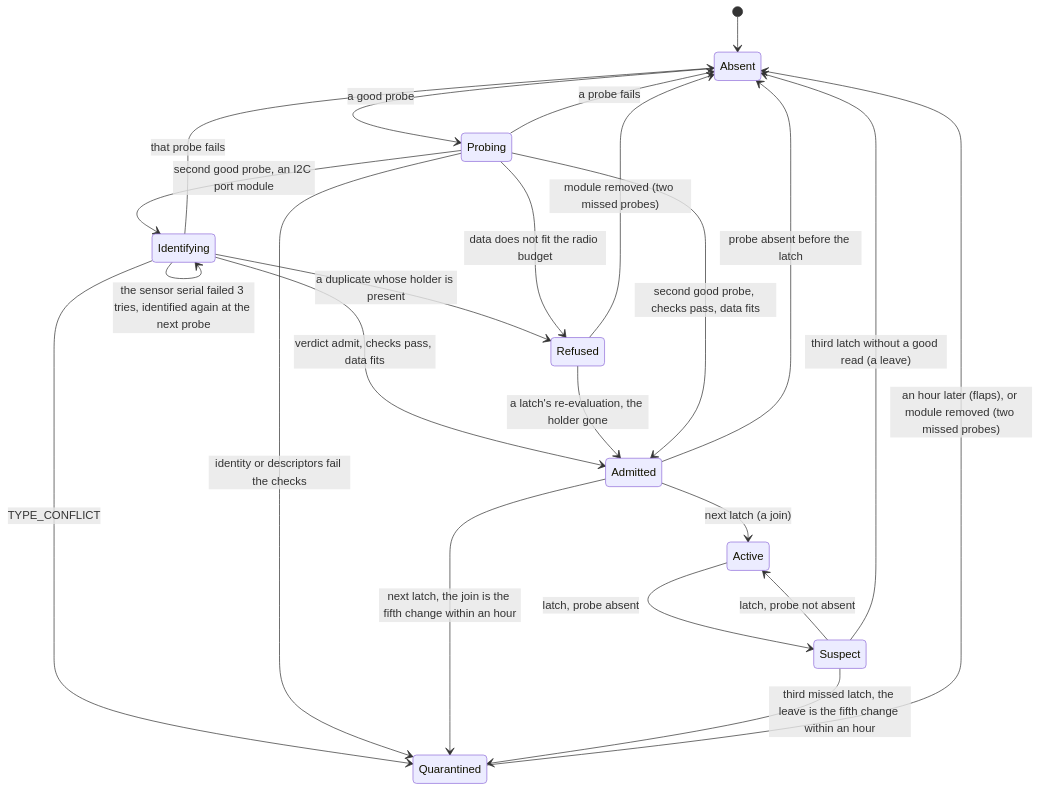
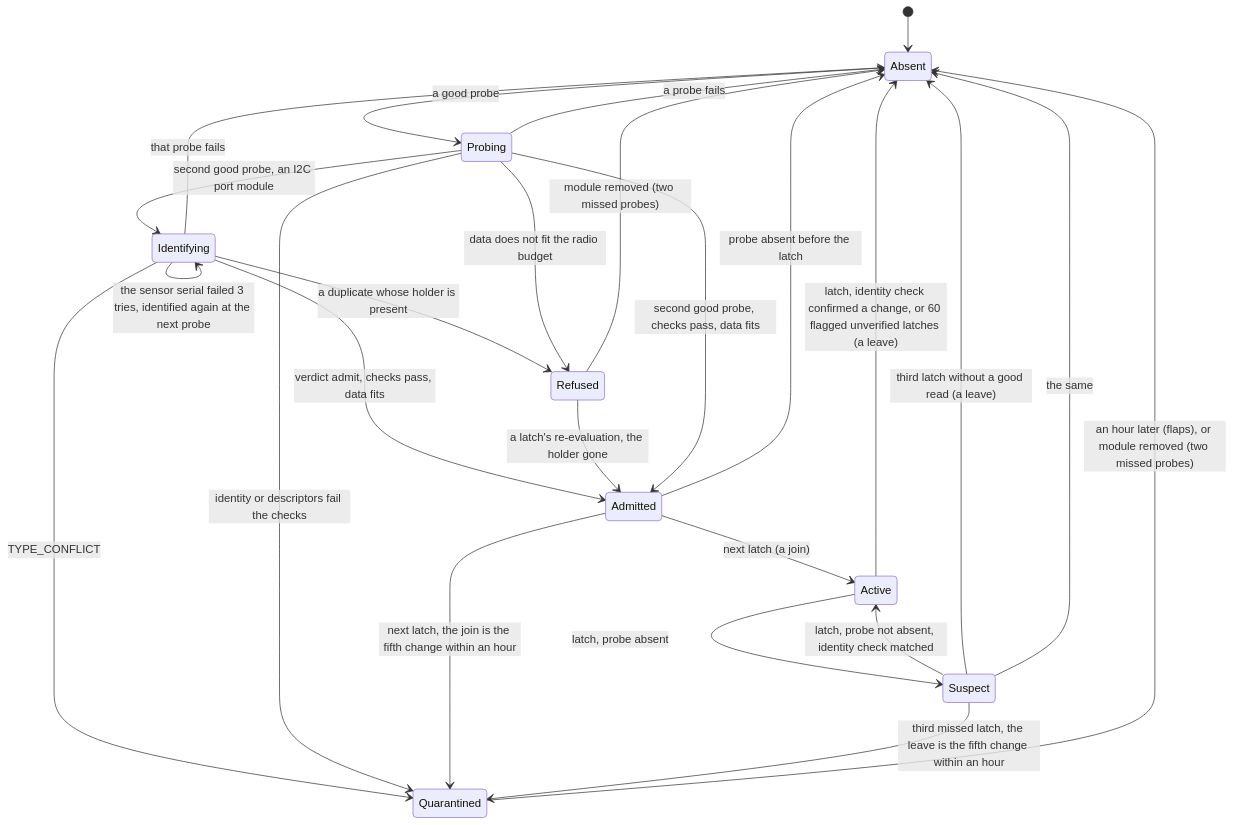
One commit to clintecker/weather-station-2026 changed the diagram in firmware/stage0-node/App/wsmp_host.lit.md. Above: the diagram before and after it, drawn with Mermaid. The commit also changed other lines of this file and 17 other files, not shown here.

````diff
--- a/firmware/stage0-node/App/wsmp_host.lit.md
+++ b/firmware/stage0-node/App/wsmp_host.lit.md
@@ -41,25 +42,27 @@
 ```mermaid
 stateDiagram-v2
     [*] --> Absent
     Absent --> Probing: a good probe
     Probing --> Absent: a probe fails
     Probing --> Identifying: second good probe, an I2C port module
     Identifying --> Admitted: verdict admit, checks pass, data fits
     Identifying --> Identifying: the sensor serial failed 3 tries, identified again at the next probe
     Identifying --> Absent: that probe fails
     Identifying --> Quarantined: TYPE_CONFLICT
     Identifying --> Refused: a duplicate whose holder is present
     Refused --> Admitted: a latch's re-evaluation, the holder gone
     Probing --> Admitted: second good probe, checks pass, data fits
     Probing --> Quarantined: identity or descriptors fail the checks
     Probing --> Refused: data does not fit the radio budget
     Admitted --> Absent: probe absent before the latch
     Admitted --> Active: next latch (a join)
     Active --> Suspect: latch, probe absent
-    Suspect --> Active: latch, probe not absent
+    Suspect --> Active: latch, probe not absent, identity check matched
     Suspect --> Absent: third latch without a good read (a leave)
+    Active --> Absent: latch, identity check confirmed a change, or 60 flagged unverified latches (a leave)
+    Suspect --> Absent: the same
     Admitted --> Quarantined: next latch, the join is the fifth change within an hour
     Suspect --> Quarantined: third missed latch, the leave is the fifth change within an hour
     Quarantined --> Absent: an hour later (flaps), or module removed (two missed probes)
     Refused --> Absent: module removed (two missed probes)
 ```
````
